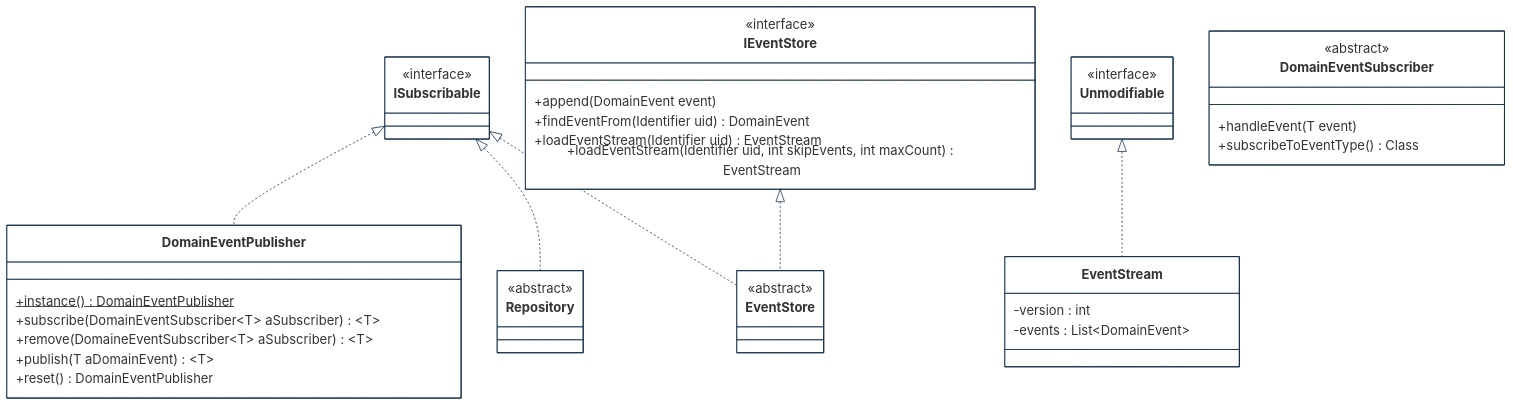
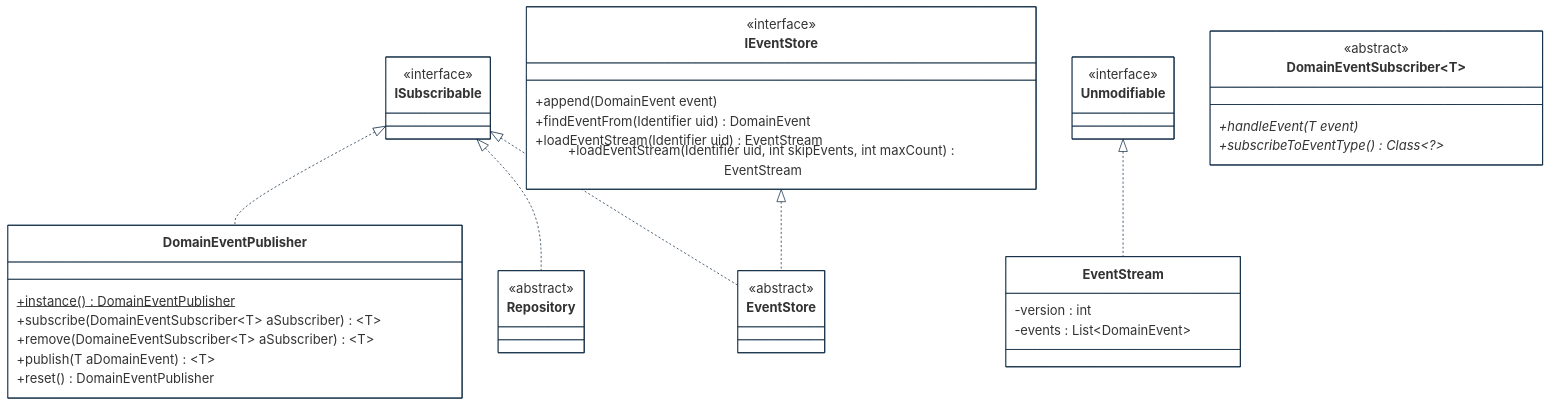
The third of 5 diagrams in implementations-line/framework/domain/designview-packages.md (cybnity/foundation), drawn with Mermaid before and after one commit.

````diff
--- a/implementations-line/framework/domain/designview-packages.md
+++ b/implementations-line/framework/domain/designview-packages.md
@@ -94,62 +94,62 @@
 ```mermaid
 %%{
   init: {
     'theme': 'base',
     'themeVariables': {
         'background': '#ffffff',
         'fontFamily': 'arial',
         'fontSize': '18px',
         'primaryColor': '#fff',
         'primaryBorderColor': '#0e2a43',
         'secondaryBorderColor': '#0e2a43',
         'tertiaryBorderColor': '#0e2a43',
         'edgeLabelBackground':'#0e2a43',
         'lineColor': '#0e2a43',
         'tertiaryColor': '#fff'
     }
   }
 }%%
 classDiagram
     ISubscribable <|.. DomainEventPublisher
     ISubscribable <|.. Repository
     ISubscribable <|.. EventStore
     IEventStore <|.. EventStore
     Unmodifiable <|.. EventStream
 
     class ISubscribable {
         <<interface>>
     }
     class EventStore {
         <<abstract>>
     }
     class IEventStore {
         <<interface>>
         +append(DomainEvent event)
         +findEventFrom(Identifier uid) DomainEvent
         +loadEventStream(Identifier uid) EventStream
         +loadEventStream(Identifier uid, int skipEvents, int maxCount) EventStream
     }
     class Repository {
         <<abstract>>
     }
-    class DomainEventSubscriber {
+    class DomainEventSubscriber~T~ {
         <<abstract>>
-        +handleEvent(T event)
-        +subscribeToEventType() Class
+        +handleEvent(T event)*
+        +subscribeToEventType()* Class~?~
     }
     class DomainEventPublisher {
         +instance()$ DomainEventPublisher
         +subscribe(DomainEventSubscriber~T~ aSubscriber) ~T~
         +remove(DomaineEventSubscriber~T~ aSubscriber) ~T~
         +publish(T aDomainEvent) ~T~
         +reset() DomainEventPublisher
     }
     class EventStream {
         -version : int
         -events : List~DomainEvent~
     }
     class Unmodifiable {
         <<interface>>
     }
 
 ```
````
